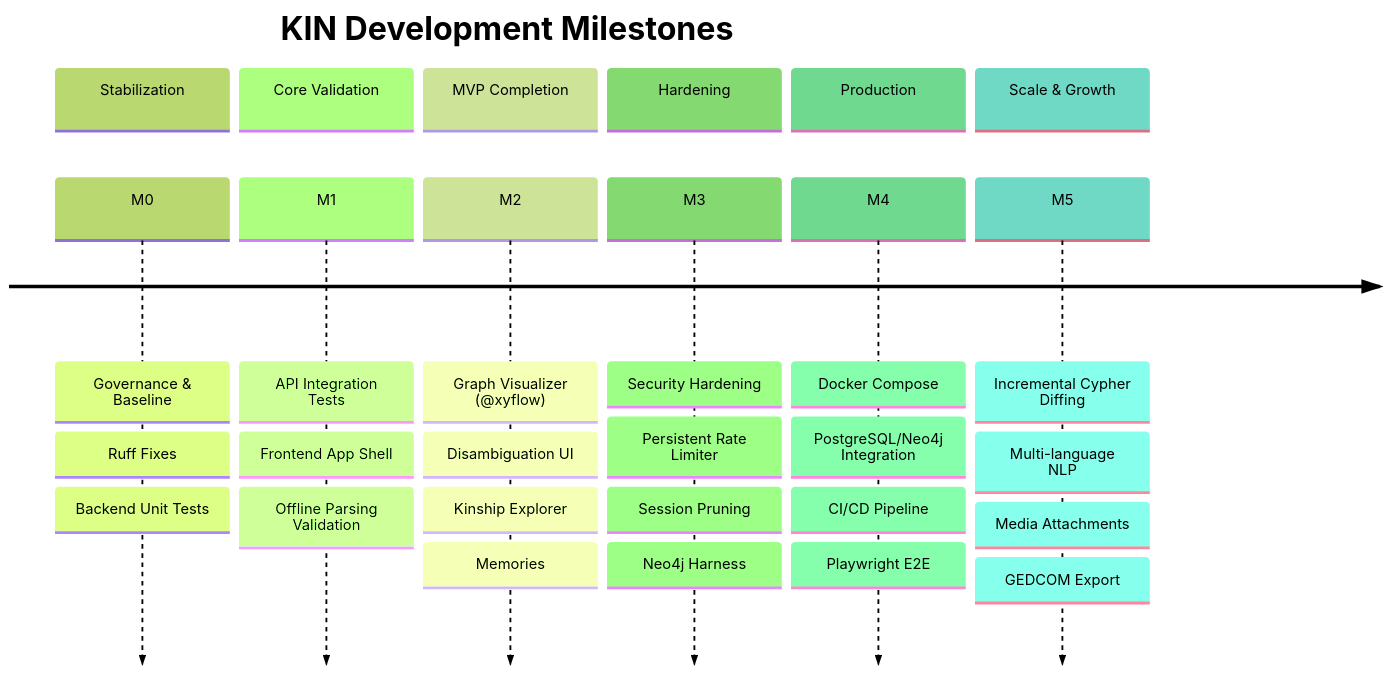
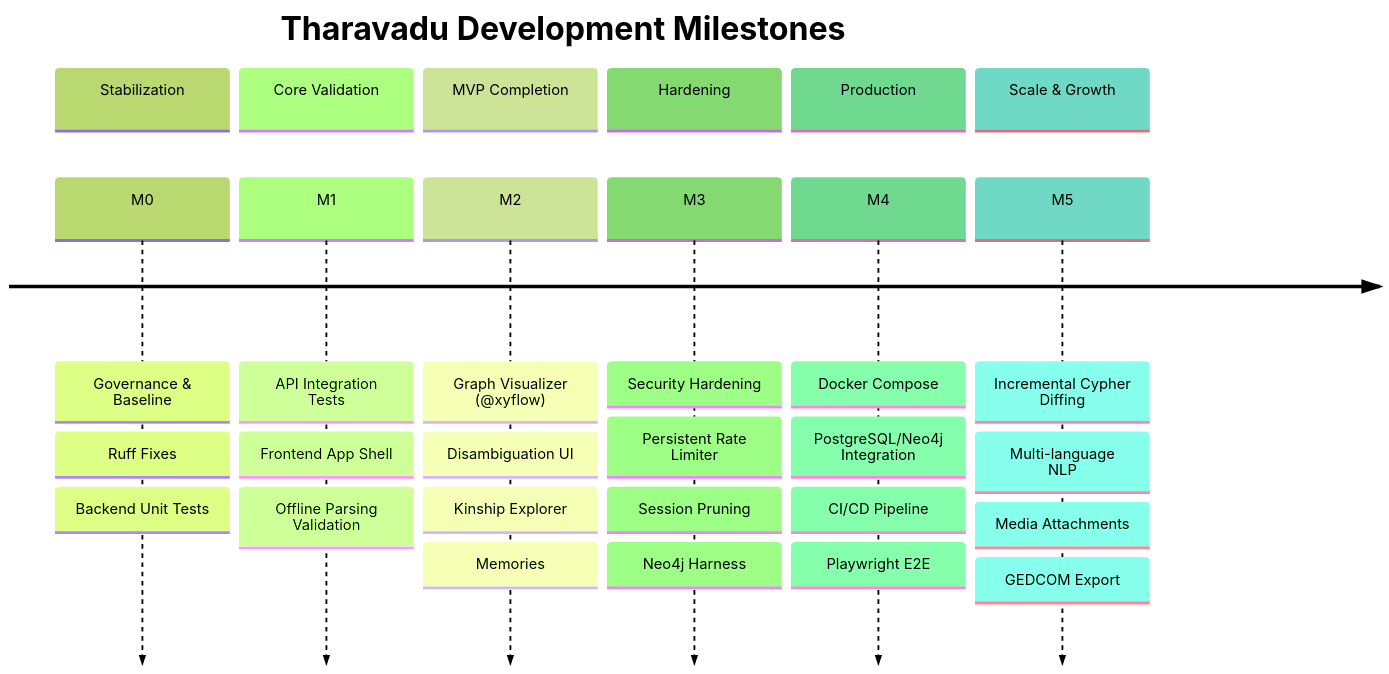
Before and after one commit to KevinGeorge100/Tharavadu: the diagram in docs/ROADMAP.md, drawn with Mermaid (forest theme). The commit also changed other lines of this file and 26 other files, not shown here.

Commit message:
chore: rename KIN product to Tharavadu

````diff
--- a/docs/ROADMAP.md
+++ b/docs/ROADMAP.md
@@ -9,16 +9,16 @@
 ```mermaid
 timeline
-    title KIN Development Milestones
+    title Tharavadu Development Milestones
     section Stabilization
         M0 : Governance & Baseline : Ruff Fixes : Backend Unit Tests
     section Core Validation
         M1 : API Integration Tests : Frontend App Shell : Offline Parsing Validation
     section MVP Completion
         M2 : Graph Visualizer (@xyflow) : Disambiguation UI : Kinship Explorer : Memories
     section Hardening
         M3 : Security Hardening : Persistent Rate Limiter : Session Pruning : Neo4j Harness
     section Production
         M4 : Docker Compose : PostgreSQL/Neo4j Integration : CI/CD Pipeline : Playwright E2E
     section Scale & Growth
         M5 : Incremental Cypher Diffing : Multi-language NLP : Media Attachments : GEDCOM Export
 ```
````
